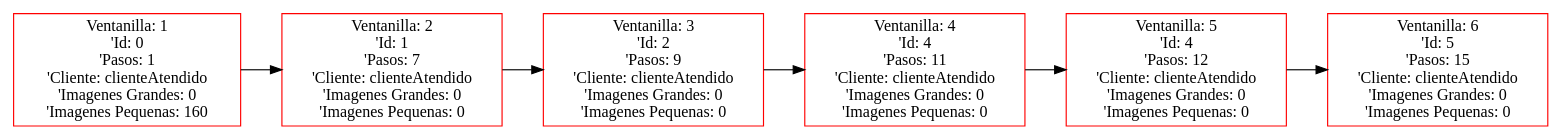
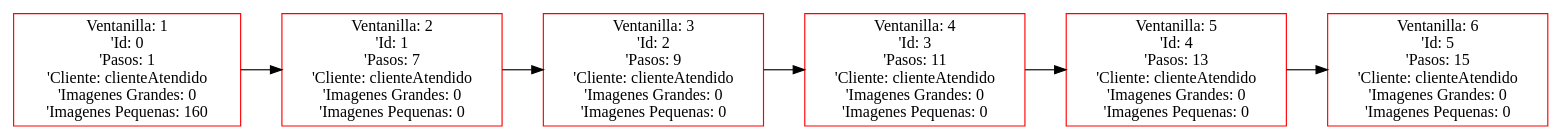
The diagram in Proyecto1/Proyecto1_202200089/Main/Atendidos.dot (FranklinONP/EDD_PROYECTO_202200089), drawn with Graphviz before and after one commit. The commit also changed 6 other files, not shown here.

```diff
--- a/Proyecto1/Proyecto1_202200089/Main/Atendidos.dot
+++ b/Proyecto1/Proyecto1_202200089/Main/Atendidos.dot
@@ -1,14 +1,14 @@
  digraph G {
  rankdir=LR;
  node0 [label="Ventanilla: 1\n'Id: 0\n'Pasos: 1\n'Cliente: clienteAtendido\n'Imagenes Grandes: 0\n'Imagenes Pequenas: 160", color="red", shape="rectangle"];
  node1 [label="Ventanilla: 2\n'Id: 1\n'Pasos: 7\n'Cliente: clienteAtendido\n'Imagenes Grandes: 0\n'Imagenes Pequenas: 0", color="red", shape="rectangle"];
  node0 -> node1 [dir="forward"];
  node2 [label="Ventanilla: 3\n'Id: 2\n'Pasos: 9\n'Cliente: clienteAtendido\n'Imagenes Grandes: 0\n'Imagenes Pequenas: 0", color="red", shape="rectangle"];
  node1 -> node2 [dir="forward"];
- node3 [label="Ventanilla: 4\n'Id: 4\n'Pasos: 11\n'Cliente: clienteAtendido\n'Imagenes Grandes: 0\n'Imagenes Pequenas: 0", color="red", shape="rectangle"];
+ node3 [label="Ventanilla: 4\n'Id: 3\n'Pasos: 11\n'Cliente: clienteAtendido\n'Imagenes Grandes: 0\n'Imagenes Pequenas: 0", color="red", shape="rectangle"];
  node2 -> node3 [dir="forward"];
- node4 [label="Ventanilla: 5\n'Id: 4\n'Pasos: 12\n'Cliente: clienteAtendido\n'Imagenes Grandes: 0\n'Imagenes Pequenas: 0", color="red", shape="rectangle"];
+ node4 [label="Ventanilla: 5\n'Id: 4\n'Pasos: 13\n'Cliente: clienteAtendido\n'Imagenes Grandes: 0\n'Imagenes Pequenas: 0", color="red", shape="rectangle"];
  node3 -> node4 [dir="forward"];
  node5 [label="Ventanilla: 6\n'Id: 5\n'Pasos: 15\n'Cliente: clienteAtendido\n'Imagenes Grandes: 0\n'Imagenes Pequenas: 0", color="red", shape="rectangle"];
  node4 -> node5 [dir="forward"];
  }
```
